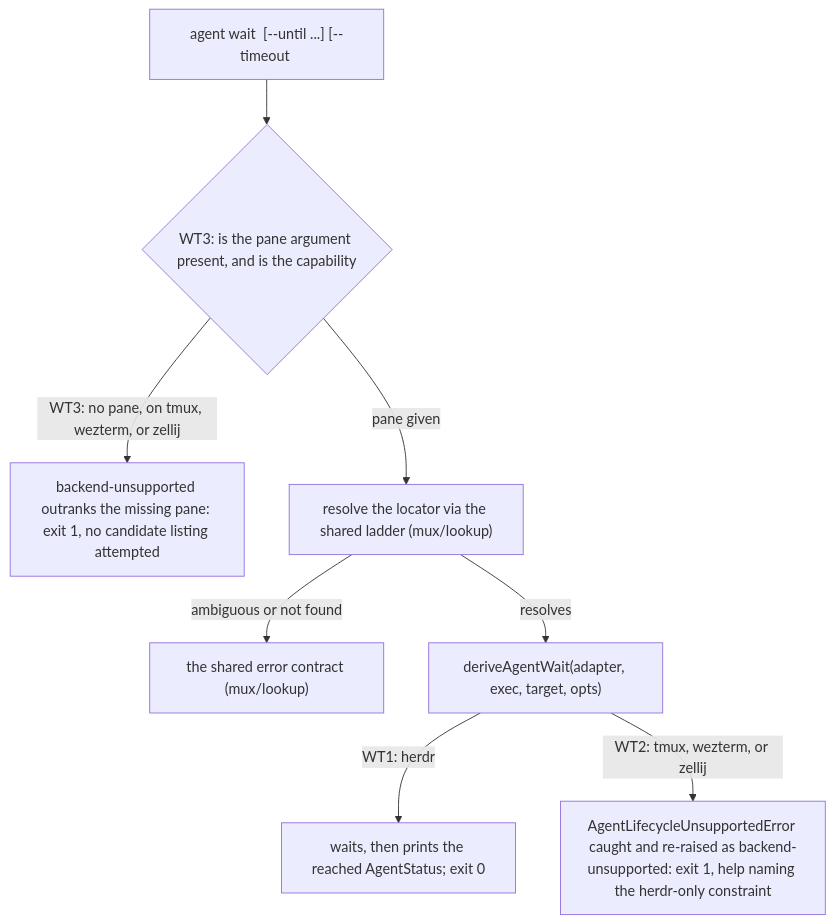
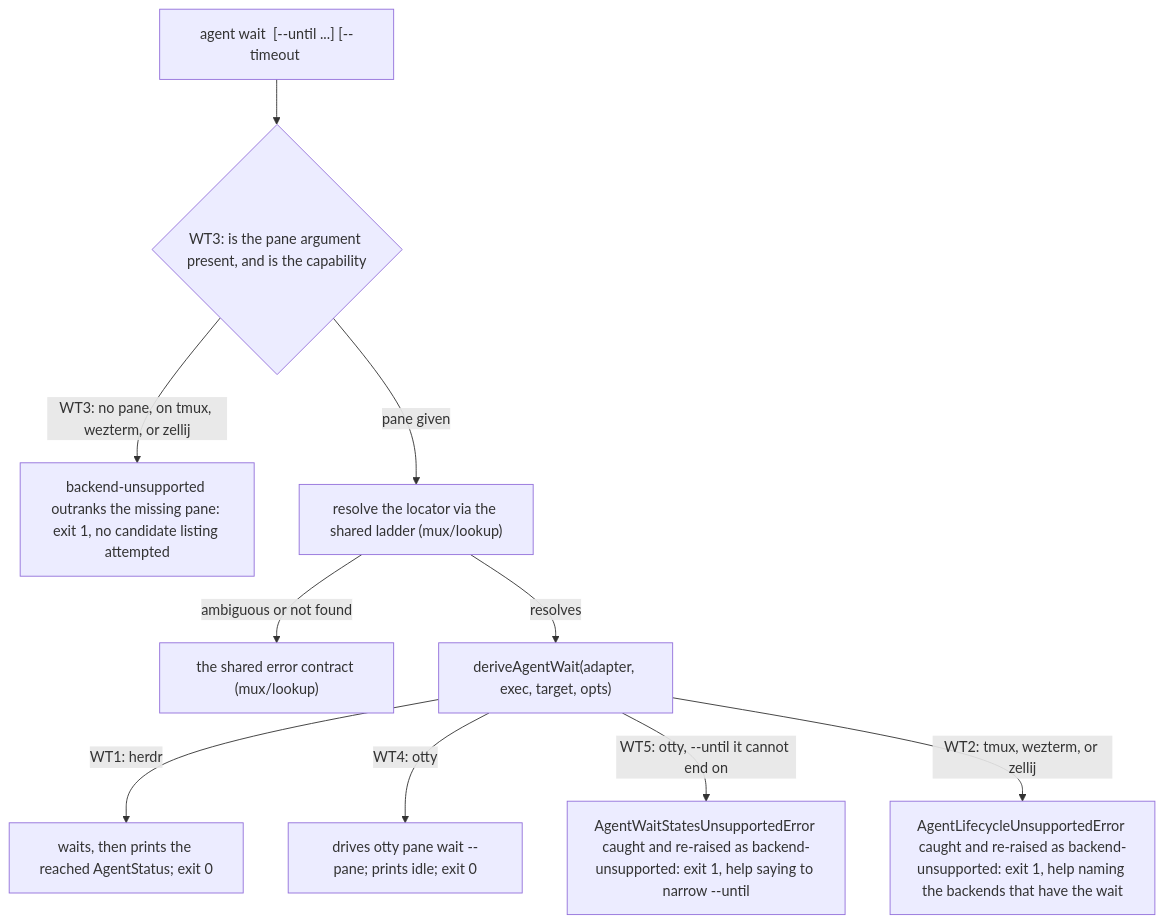
One commit to cyberuni/cyber-mux changed the second of 2 diagrams in packages/cyber-mux/.agents/spec/cli/agent/README.md. Above: the diagram before and after it, drawn with Mermaid. The commit also changed other lines of this file and 15 other files, not shown here.

````diff
--- a/packages/cyber-mux/.agents/spec/cli/agent/README.md
+++ b/packages/cyber-mux/.agents/spec/cli/agent/README.md
@@ -85,10 +99,12 @@
 ```mermaid
 graph TD
   WT["agent wait <pane> [--until ...] [--timeout <ms>]"] --> CAP{"WT3: is the pane argument present, and is the capability"}
   CAP -->|"WT3: no pane, on tmux, wezterm, or zellij"| WT3["backend-unsupported outranks the missing pane: exit 1, no candidate listing attempted"]
   CAP -->|"pane given"| RES["resolve the locator via the shared ladder (mux/lookup)"]
   RES -->|"ambiguous or not found"| ERR["the shared error contract (mux/lookup)"]
   RES -->|"resolves"| DW["deriveAgentWait(adapter, exec, target, opts)"]
   DW -->|"WT1: herdr"| WT1["waits, then prints the reached AgentStatus; exit 0"]
-  DW -->|"WT2: tmux, wezterm, or zellij"| WT2["AgentLifecycleUnsupportedError caught and re-raised as backend-unsupported: exit 1, help naming the herdr-only constraint"]
+  DW -->|"WT4: otty"| WT4["drives otty pane wait --pane; prints idle; exit 0"]
+  DW -->|"WT5: otty, --until it cannot end on"| WT5["AgentWaitStatesUnsupportedError caught and re-raised as backend-unsupported: exit 1, help saying to narrow --until"]
+  DW -->|"WT2: tmux, wezterm, or zellij"| WT2["AgentLifecycleUnsupportedError caught and re-raised as backend-unsupported: exit 1, help naming the backends that have the wait"]
 ```
````
